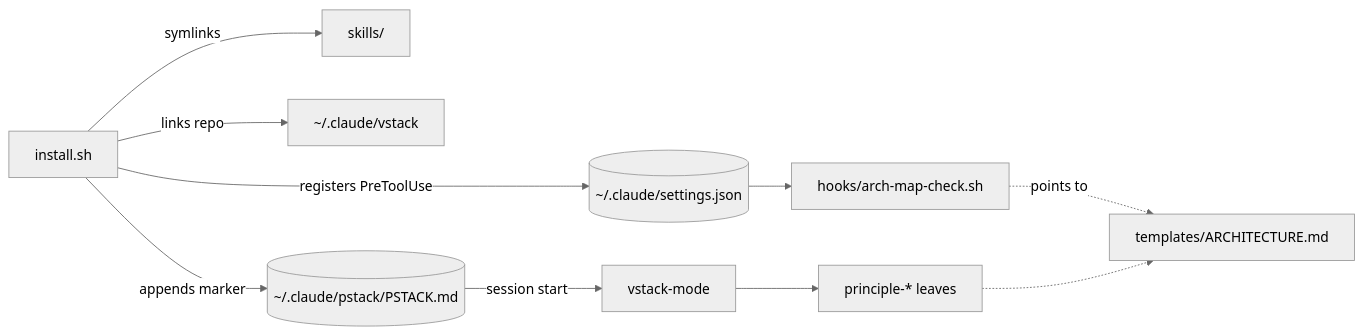
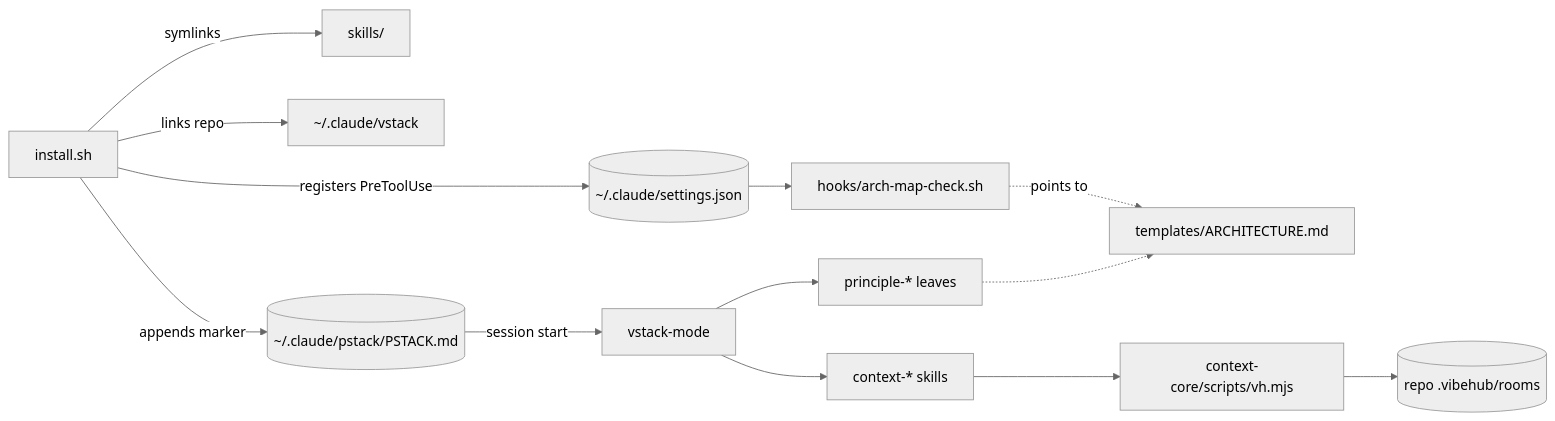
The diagram in ARCHITECTURE.md (V1ctor2182/vstack), drawn with Mermaid (neutral theme) before and after one commit. The commit also changed other lines of this file and 25 other files, not shown here.

First line of the commit message:
feat(context): VibeHub's context layer as vstack's context-* skills

````diff
--- a/ARCHITECTURE.md
+++ b/ARCHITECTURE.md
@@ -11,12 +11,15 @@
 ```mermaid
 flowchart LR
   install[install.sh] -->|symlinks| skills[skills/]
   install -->|links repo| home[~/.claude/vstack]
   install -->|appends marker| pstackmd[(~/.claude/pstack/PSTACK.md)]
   install -->|registers PreToolUse| settings[(~/.claude/settings.json)]
   pstackmd -->|session start| mode[vstack-mode]
   mode --> principles[principle-* leaves]
   settings --> hook[hooks/arch-map-check.sh]
   hook -.->|points to| template[templates/ARCHITECTURE.md]
   principles -.-> template
+  mode --> ctx[context-* skills]
+  ctx --> vh[context-core/scripts/vh.mjs]
+  vh --> rooms[(repo .vibehub/rooms)]
 ```
````
